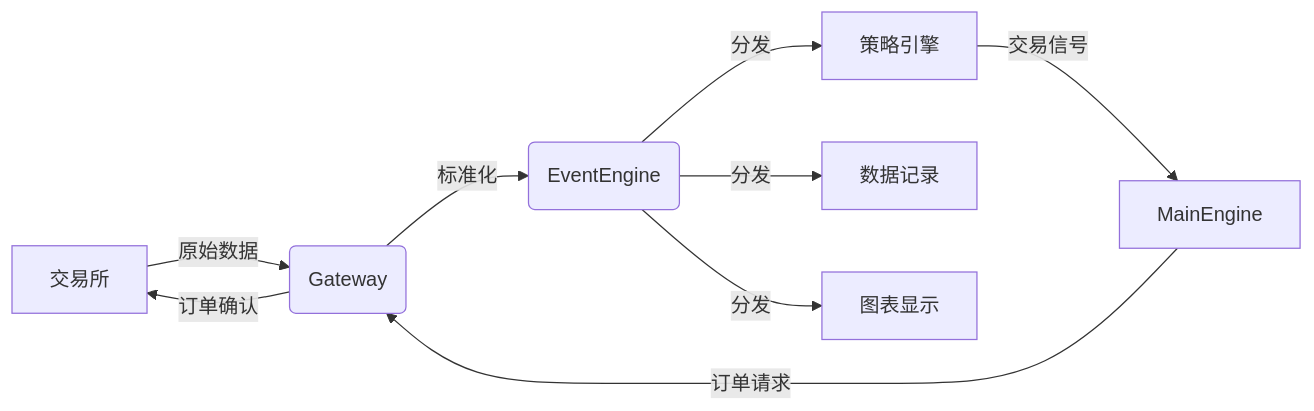
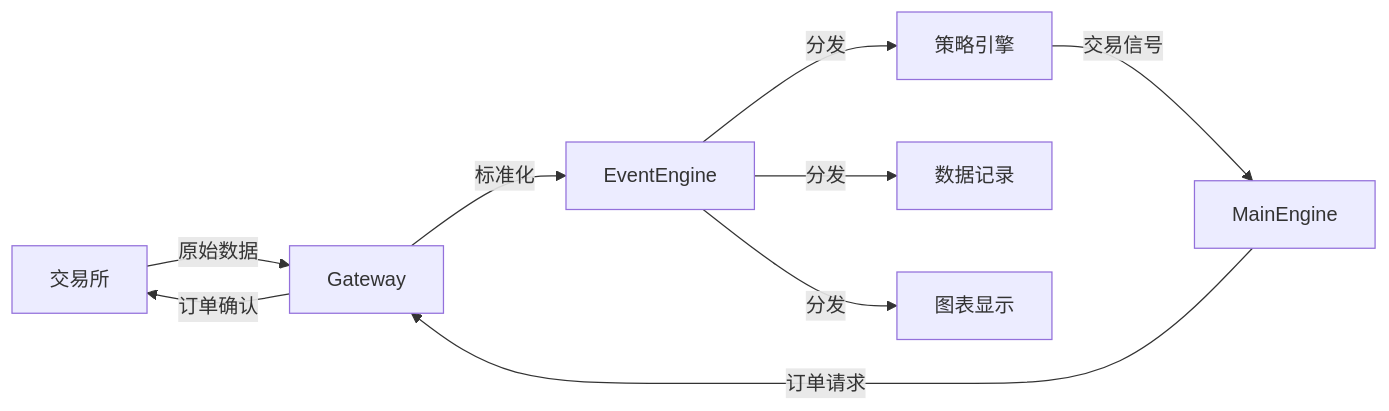
Diagram 13 of 20 in VeighNa_Complete_Handbook.md (Crackstoper/quant), drawn with Mermaid before and after one commit. The commit also changed other lines of this file and 2 other files, not shown here.

````diff
--- a/VeighNa_Complete_Handbook.md
+++ b/VeighNa_Complete_Handbook.md
@@ -464,11 +469,11 @@
 ```mermaid
 flowchart LR
-    A[交易所] -->|原始数据| B(Gateway)
-    B -->|标准化| C(EventEngine)
+    A[交易所] -->|原始数据| B[Gateway]
+    B -->|标准化| C[EventEngine]
     C -->|分发| D[策略引擎]
     C -->|分发| E[数据记录]
     C -->|分发| F[图表显示]
     D -->|交易信号| G[MainEngine]
     G -->|订单请求| B
     B -->|订单确认| A
 ```
````
